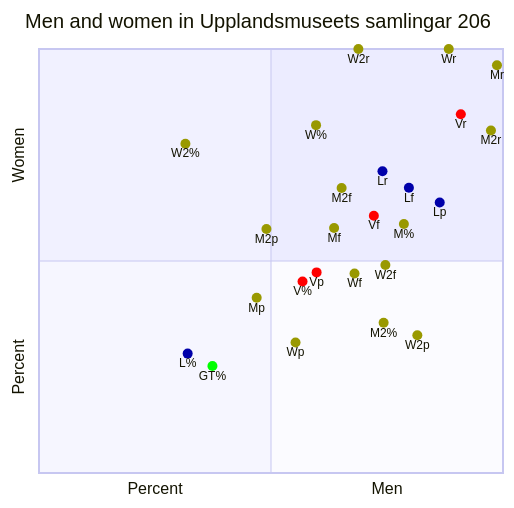
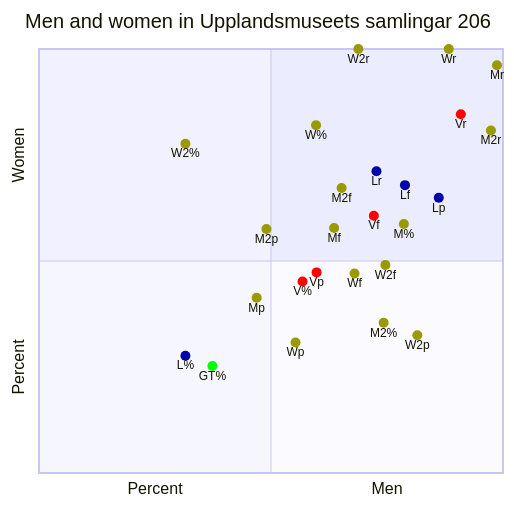
Before and after one commit to Modern36/tropes_1500: the third of 11 diagrams in browser/scatter.md, drawn with Mermaid. The commit also changed other lines of this file and 32 other files, not shown here.

````diff
--- a/browser/scatter.md
+++ b/browser/scatter.md
@@ -87,32 +87,32 @@
 ```mermaid
 quadrantChart
     title Men and women in Upplandsmuseets samlingar 206
     x-axis Percent --> Men
     y-axis Percent --> Women
     M%: [0.7864077669902912, 0.587378640776699] color: #999900
     M2%: [0.7427184466019418, 0.35436893203883496] color: #999900
     W%: [0.5970873786407767, 0.8203883495145631] color: #999900
     W2%: [0.3155339805825243, 0.7766990291262136] color: #999900
     GT%: [0.3737864077669903, 0.2524271844660194] color: #00FF00
     V%: [0.5679611650485437, 0.45145631067961167] color: #FF0000
-    L%: [0.32038834951456313, 0.2815533980582524] color: #0000AA
-    Lf: [0.7972027972027972, 0.6727272727272728]  color: #0000AA
-    Lp: [0.8636363636363636, 0.6379310344827587]  color: #0000AA
-    Lr: [0.7402597402597403, 0.7115384615384616]  color: #0000AA
+    L%: [0.3155339805825243, 0.2766990291262136] color: #0000AA
+    Lf: [0.7887323943661972, 0.6788990825688075]  color: #0000AA
+    Lp: [0.8615384615384616, 0.6491228070175439]  color: #0000AA
+    Lr: [0.7272727272727273, 0.7115384615384616]  color: #0000AA
     Vf: [0.7216494845360825, 0.6068965517241379]  color: #FF0000
     Vp: [0.5982905982905983, 0.4731182795698925]  color: #FF0000
     Vr: [0.9090909090909091, 0.8461538461538461]  color: #FF0000
     W2f: [0.7464788732394366, 0.4905660377358491]  color: #999900
     W2p: [0.8153846153846154, 0.325]  color: #999900
     W2r: [0.6883116883116883, 0.9999]  color: #999900
     Wf: [0.68, 0.47058823529411764]  color: #999900
     Wp: [0.5528455284552846, 0.3076923076923077]  color: #999900
     Wr: [0.8831168831168831, 0.9999]  color: #999900
     M2f: [0.6521739130434783, 0.672]  color: #999900
     M2p: [0.49019607843137253, 0.5753424657534246]  color: #999900
     M2r: [0.974025974025974, 0.8076923076923077]  color: #999900
     Mf: [0.6359832635983264, 0.5780346820809248]  color: #999900
     Mp: [0.4691358024691358, 0.4132231404958678]  color: #999900
     Mr: [0.987012987012987, 0.9615384615384616]  color: #999900
 
 ```
````
